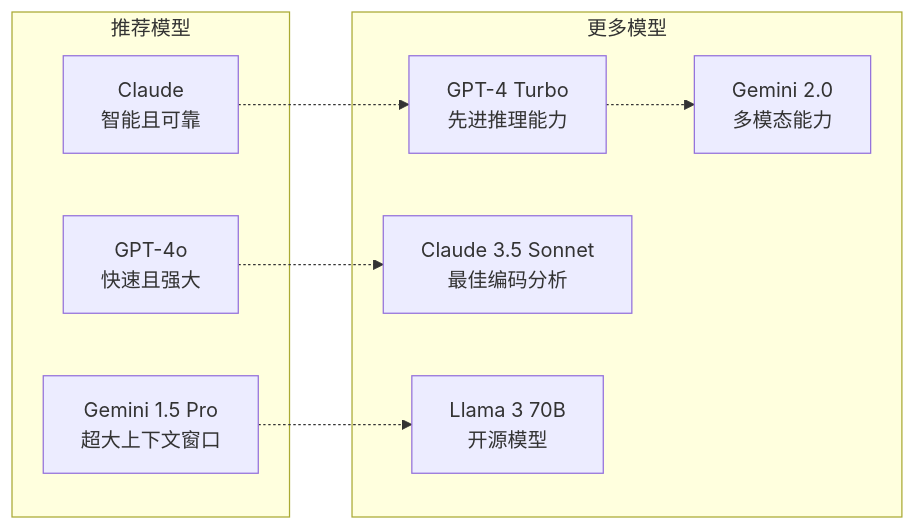
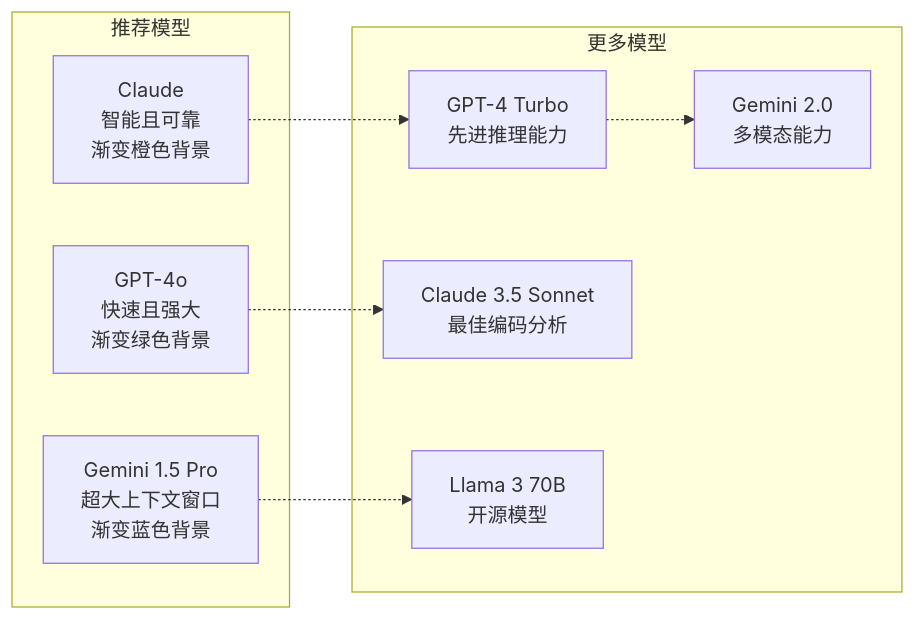
The fifth of 11 diagrams in .qoder/repowiki/zh/content/设置向导设计文档.md (verse-ai-org/openclaw), drawn with Mermaid before and after one commit. The commit also changed other lines of this file and 78 other files, not shown here.

````diff
--- a/.qoder/repowiki/zh/content/设置向导设计文档.md
+++ b/.qoder/repowiki/zh/content/设置向导设计文档.md
@@ -247,18 +285,18 @@
 ```mermaid
 graph LR
 subgraph "推荐模型"
-A[Claude<br/>智能且可靠]
-B[GPT-4o<br/>快速且强大]
-C[Gemini 1.5 Pro<br/>超大上下文窗口]
+A[Claude<br/>智能且可靠<br/>渐变橙色背景]
+B[GPT-4o<br/>快速且强大<br/>渐变绿色背景]
+C[Gemini 1.5 Pro<br/>超大上下文窗口<br/>渐变蓝色背景]
 end
 subgraph "更多模型"
 D[GPT-4 Turbo<br/>先进推理能力]
 E[Claude 3.5 Sonnet<br/>最佳编码分析]
 F[Llama 3 70B<br/>开源模型]
 G[Gemini 2.0<br/>多模态能力]
 end
 A -.-> D
 B -.-> E
 C -.-> F
 D -.-> G
 ```
````
